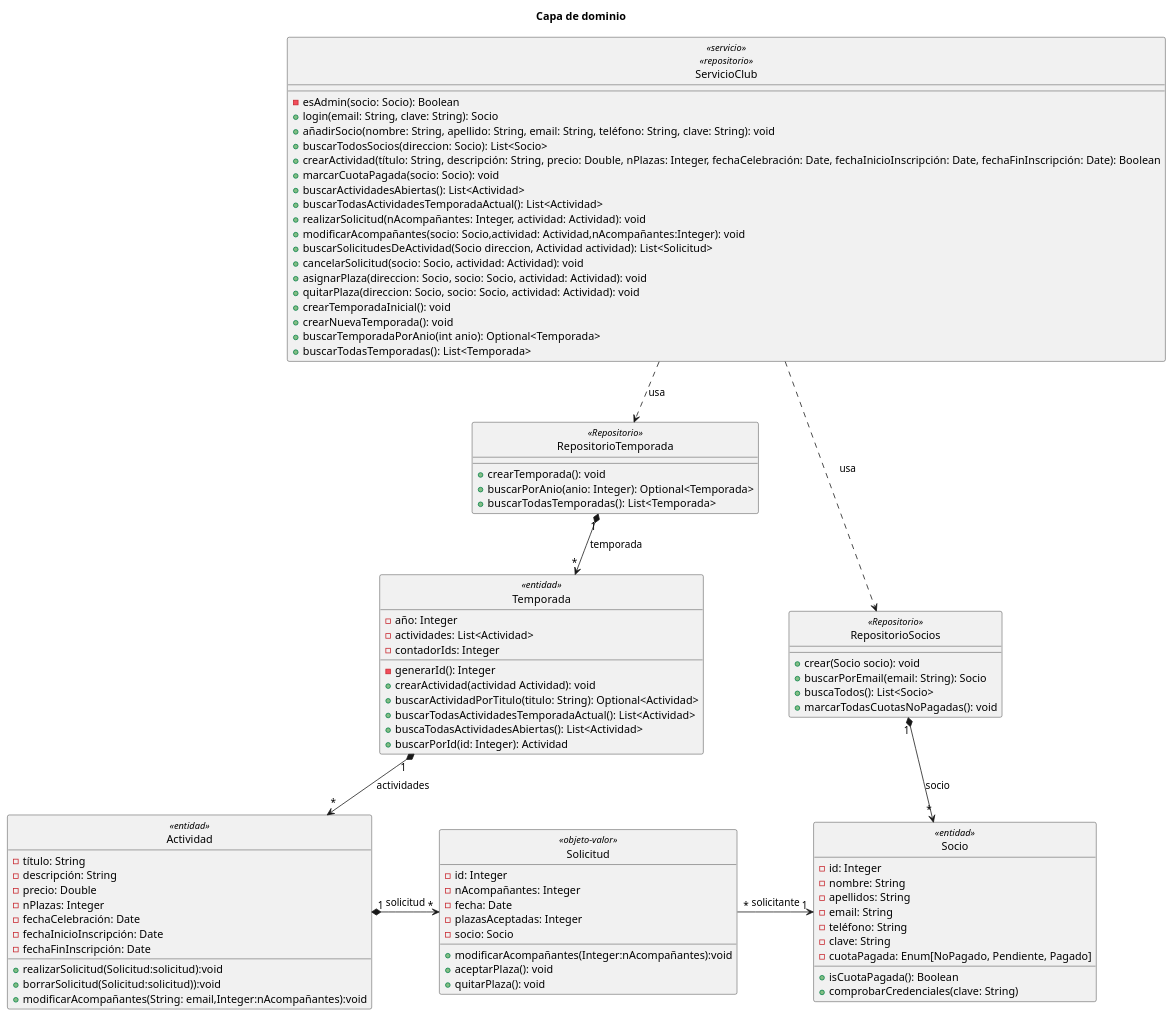
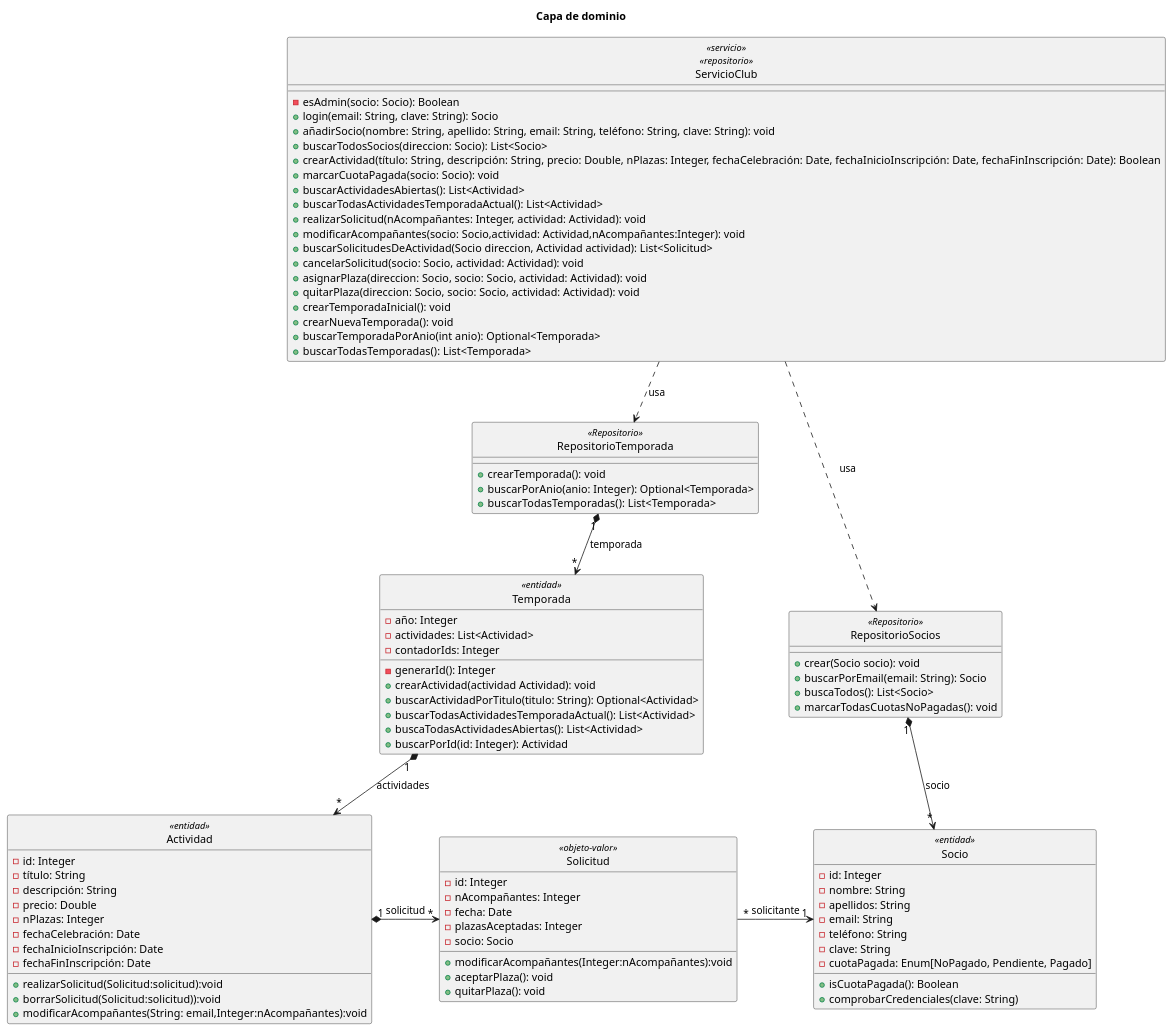
One commit to fjja0004/DAE-2024-fjja0004-scr00043-jfb00009 changed the diagram in diagramaDominio.puml. Above: the diagram before and after it, drawn with PlantUML. The commit also changed 6 other files, not shown here.

```diff
--- a/diagramaDominio.puml
+++ b/diagramaDominio.puml
@@ -1,99 +1,100 @@
 @startuml
 title "Capa de dominio"
 hide circle
 'skinparam classAttributeIconSize 0
 
 class ServicioClub <<servicio>> <<repositorio>> {
     - esAdmin(socio: Socio): Boolean
     + login(email: String, clave: String): Socio
     + añadirSocio(nombre: String, apellido: String, email: String, teléfono: String, clave: String): void
     + buscarTodosSocios(direccion: Socio): List<Socio>
     + crearActividad(título: String, descripción: String, precio: Double, nPlazas: Integer, fechaCelebración: Date, fechaInicioInscripción: Date, fechaFinInscripción: Date): Boolean
     + marcarCuotaPagada(socio: Socio): void
     + buscarActividadesAbiertas(): List<Actividad>
     + buscarTodasActividadesTemporadaActual(): List<Actividad>
     + realizarSolicitud(nAcompañantes: Integer, actividad: Actividad): void
     + modificarAcompañantes(socio: Socio,actividad: Actividad,nAcompañantes:Integer): void
     + buscarSolicitudesDeActividad(Socio direccion, Actividad actividad): List<Solicitud>
     + cancelarSolicitud(socio: Socio, actividad: Actividad): void
     + asignarPlaza(direccion: Socio, socio: Socio, actividad: Actividad): void
     + quitarPlaza(direccion: Socio, socio: Socio, actividad: Actividad): void
     + crearTemporadaInicial(): void
     + crearNuevaTemporada(): void
     + buscarTemporadaPorAnio(int anio): Optional<Temporada>
     + buscarTodasTemporadas(): List<Temporada>
 }
 
 class Socio <<entidad>> {
     - id: Integer
     - nombre: String
     - apellidos: String
     - email: String
     - teléfono: String
     - clave: String
     - cuotaPagada: Enum[NoPagado, Pendiente, Pagado]
 
     + isCuotaPagada(): Boolean
     + comprobarCredenciales(clave: String)
 }
 
 class Actividad <<entidad>> {
-- título: String
-- descripción: String
-- precio: Double
-- nPlazas: Integer
-- fechaCelebración: Date
-- fechaInicioInscripción: Date
-- fechaFinInscripción: Date
-+ realizarSolicitud(Solicitud:solicitud):void
-+ borrarSolicitud(Solicitud:solicitud)):void
-+ modificarAcompañantes(String: email,Integer:nAcompañantes):void
+    - id: Integer
+    - título: String
+    - descripción: String
+    - precio: Double
+    - nPlazas: Integer
+    - fechaCelebración: Date
+    - fechaInicioInscripción: Date
+    - fechaFinInscripción: Date
+    + realizarSolicitud(Solicitud:solicitud):void
+    + borrarSolicitud(Solicitud:solicitud)):void
+    + modificarAcompañantes(String: email,Integer:nAcompañantes):void
 }
 
 class Solicitud <<objeto-valor>> {
     - id: Integer
     - nAcompañantes: Integer
     - fecha: Date
     - plazasAceptadas: Integer
     - socio: Socio
 
     + modificarAcompañantes(Integer:nAcompañantes):void
     + aceptarPlaza(): void
     + quitarPlaza(): void
 }
 
 class Temporada <<entidad>> {
     - año: Integer
     - actividades: List<Actividad>
     - contadorIds: Integer
 
     - generarId(): Integer
     + crearActividad(actividad Actividad): void
     + buscarActividadPorTitulo(titulo: String): Optional<Actividad>
     + buscarTodasActividadesTemporadaActual(): List<Actividad>
     + buscaTodasActividadesAbiertas(): List<Actividad>
     + buscarPorId(id: Integer): Actividad
 }
 
 class RepositorioSocios <<Repositorio>> {
     + crear(Socio socio): void
     + buscarPorEmail(email: String): Socio
     + buscaTodos(): List<Socio>
     + marcarTodasCuotasNoPagadas(): void
 }
 
 class RepositorioTemporada <<Repositorio>> {
     + crearTemporada(): void
     + buscarPorAnio(anio: Integer): Optional<Temporada>
     + buscarTodasTemporadas(): List<Temporada>
 }
 
 Solicitud "*" -> "1" Socio : solicitante
 Actividad "1" *-> "*" Solicitud : solicitud
 Temporada "1" *--> "*" Actividad : actividades
 ServicioClub ...> RepositorioSocios : usa
 RepositorioSocios "1" *--> "*" Socio : socio
 RepositorioTemporada "1" *--> "*" Temporada : temporada
 ServicioClub ..> RepositorioTemporada : usa
 
 @enduml
```
